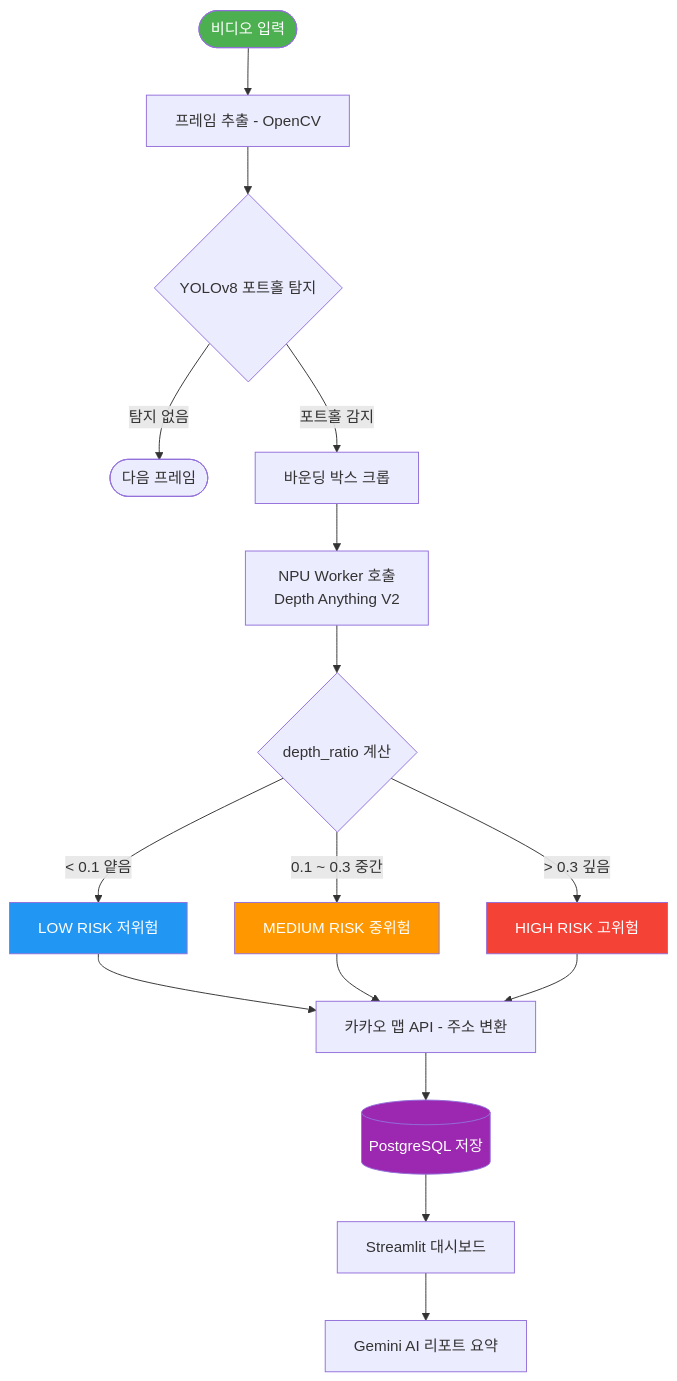
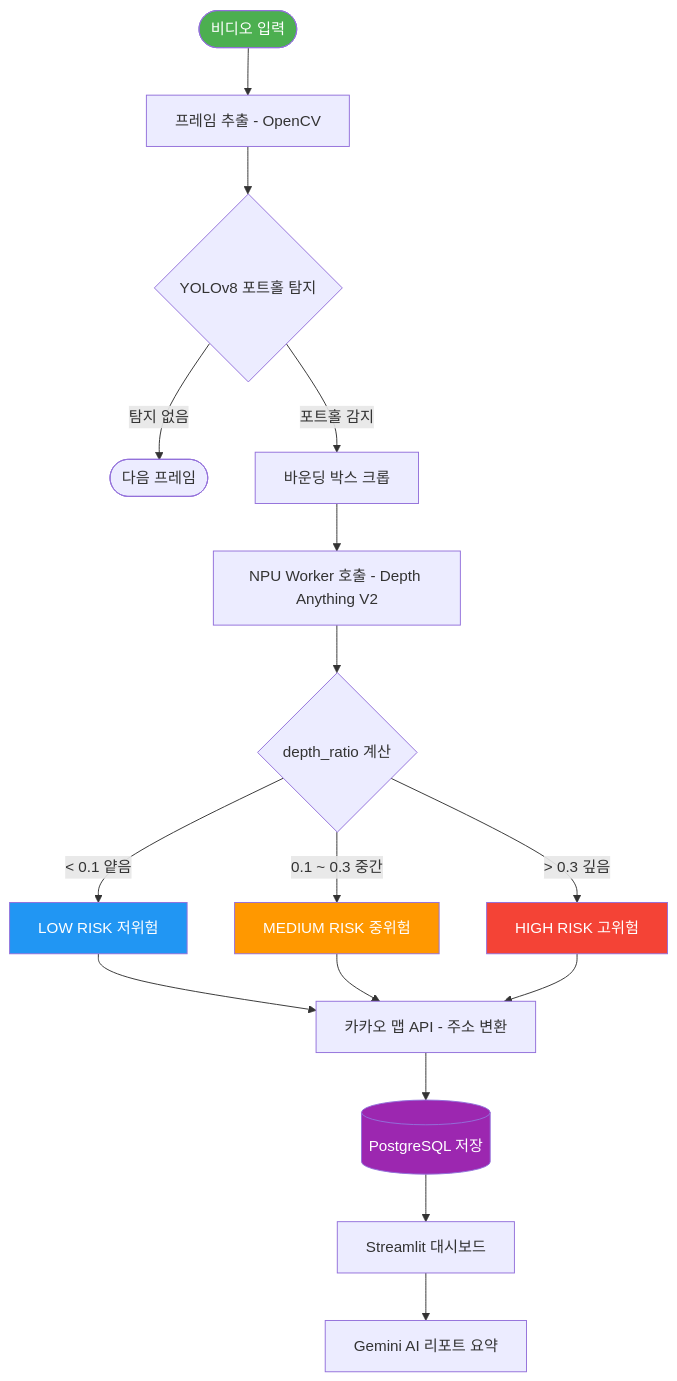
The second of 5 diagrams in README.md (2101070-LJI/pothole-detection-system), drawn with Mermaid before and after one commit. The commit also changed other lines of this file, not shown here.

First line of the commit message:
Fix: remove all \n literals from mermaid diagram node labels

````diff
--- a/README.md
+++ b/README.md
@@ -93,24 +93,24 @@
 ```mermaid
 flowchart TD
     A([비디오 입력]) --> B[프레임 추출 - OpenCV]
     B --> C{YOLOv8 포트홀 탐지}
     C -->|탐지 없음| D([다음 프레임])
     C -->|포트홀 감지| E[바운딩 박스 크롭]
-    E --> F[NPU Worker 호출\nDepth Anything V2]
+    E --> F["NPU Worker 호출 - Depth Anything V2"]
     F --> G{depth_ratio 계산}
     G -->|"< 0.1 얕음"| H[LOW RISK 저위험]
     G -->|"0.1 ~ 0.3 중간"| I[MEDIUM RISK 중위험]
     G -->|"> 0.3 깊음"| J[HIGH RISK 고위험]
     H --> K[카카오 맵 API - 주소 변환]
     I --> K
     J --> K
     K --> L[(PostgreSQL 저장)]
     L --> M[Streamlit 대시보드]
     M --> N[Gemini AI 리포트 요약]
 
     style A fill:#4CAF50,color:#fff
     style J fill:#f44336,color:#fff
     style I fill:#FF9800,color:#fff
     style H fill:#2196F3,color:#fff
     style L fill:#9C27B0,color:#fff
 ```
````
